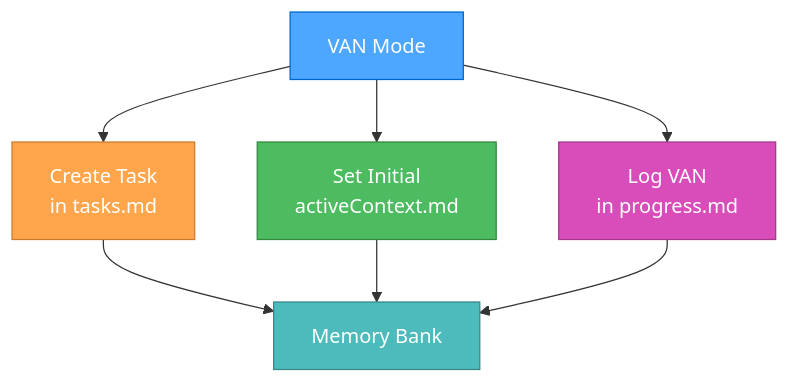
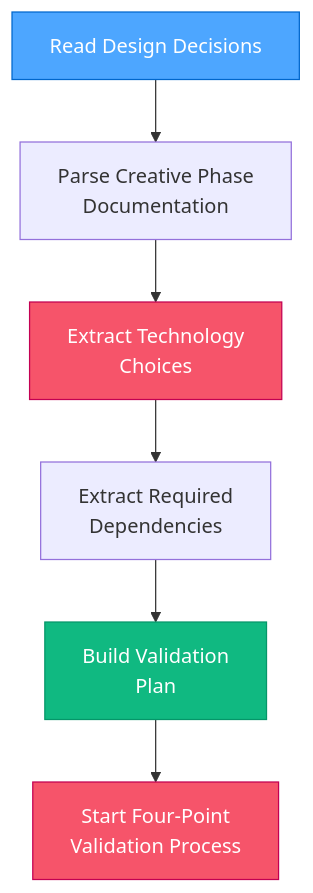
Diagram 13 of 13 in .cursor/rules/isolation_rules/visual-maps/van_mode_split/van-mode-map.mdc (ubranch/shotgun), drawn with Mermaid before and after one commit. The commit also changed other lines of this file and 81 other files, not shown here.

Commit message:
feat: introduce new creative and implementation modes; enhance memory bank structure with detailed context documentation and visual process maps for improved workflow management

````diff
--- a/.cursor/rules/isolation_rules/visual-maps/van_mode_split/van-mode-map.mdc
+++ b/.cursor/rules/isolation_rules/visual-maps/van_mode_split/van-mode-map.mdc
@@ -83,16 +804,13 @@
 ```mermaid
 graph TD
-    VAN["VAN Mode"] --> Tasks["Create Task<br>in tasks.md"]
-    VAN --> Active["Set Initial<br>activeContext.md"]
-    VAN --> Progress["Log VAN<br>in progress.md"]
+    Start["Read Design Decisions"] --> ReadCreative["Parse Creative Phase<br>Documentation"]
+    ReadCreative --> ExtractTech["Extract Technology<br>Choices"]
+    ExtractTech --> ExtractDeps["Extract Required<br>Dependencies"]
+    ExtractDeps --> BuildValidationPlan["Build Validation<br>Plan"]
+    BuildValidationPlan --> StartValidation["Start Four-Point<br>Validation Process"]
     
-    Tasks --> MB["Memory Bank"]
-    Active --> MB
-    Progress --> MB
-    
-    style VAN fill:#4da6ff,stroke:#0066cc,color:white
-    style Tasks fill:#ffa64d,stroke:#cc7a30,color:white
-    style Active fill:#4dbb5f,stroke:#36873f,color:white
-    style Progress fill:#d94dbb,stroke:#a3378a,color:white
-    style MB fill:#4dbbbb,stroke:#368787,color:white
+    style Start fill:#4da6ff,stroke:#0066cc,color:white
+    style ExtractTech fill:#f6546a,stroke:#c30052,color:white
+    style BuildValidationPlan fill:#10b981,stroke:#059669,color:white
+    style StartValidation fill:#f6546a,stroke:#c30052,color:white
 ```
````
